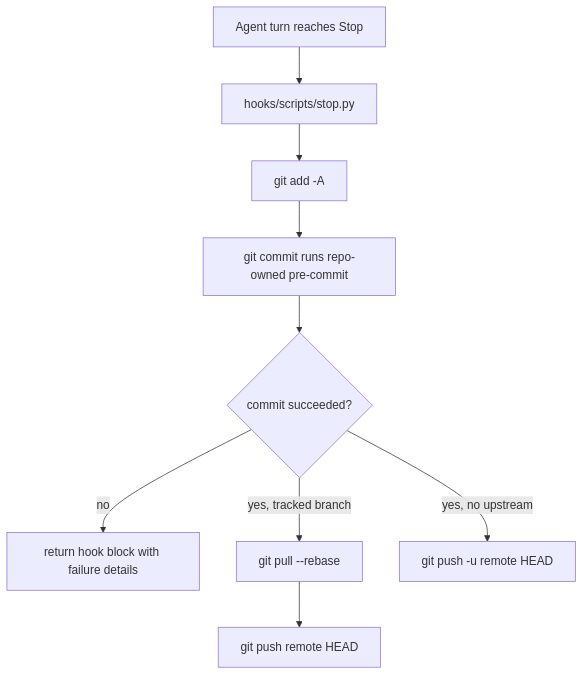
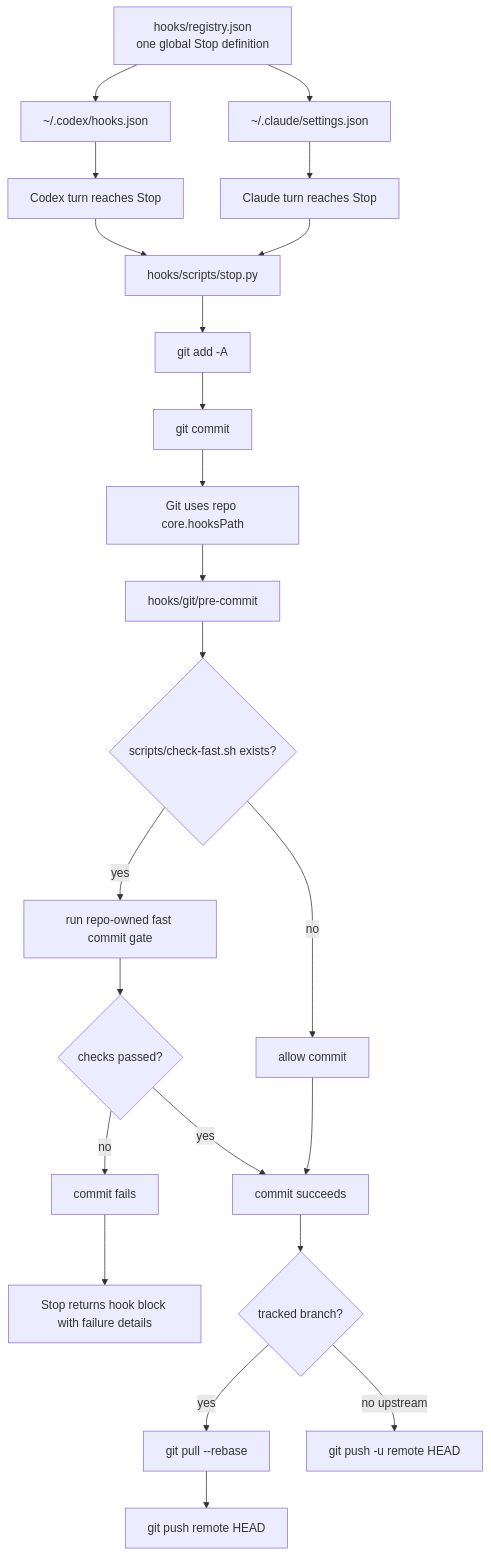
Before and after one commit to wisdom-in-a-nutshell/.agents: the fourth of 5 diagrams in docs/architecture/codex-control-plane-script-flows.md, drawn with Mermaid. The commit also changed other lines of this file and 5 other files, not shown here.

````diff
--- a/docs/architecture/codex-control-plane-script-flows.md
+++ b/docs/architecture/codex-control-plane-script-flows.md
@@ -130,11 +132,25 @@
 ```mermaid
 flowchart TD
-    A[Agent turn reaches Stop] --> B[hooks/scripts/stop.py]
-    B --> C[git add -A]
-    C --> D[git commit runs repo-owned pre-commit]
-    D --> E{commit succeeded?}
-    E -->|no| F[return hook block with failure details]
-    E -->|yes, tracked branch| G[git pull --rebase]
-    G --> H[git push remote HEAD]
-    E -->|yes, no upstream| I[git push -u remote HEAD]
+    A[hooks/registry.json<br/>one global Stop definition] --> B[~/.codex/hooks.json]
+    A --> C[~/.claude/settings.json]
+    B --> D[Codex turn reaches Stop]
+    C --> E[Claude turn reaches Stop]
+    D --> F[hooks/scripts/stop.py]
+    E --> F
+    F --> G[git add -A]
+    G --> H[git commit]
+    H --> I[Git uses repo core.hooksPath]
+    I --> J[hooks/git/pre-commit]
+    J --> K{scripts/check-fast.sh exists?}
+    K -->|yes| L[run repo-owned fast commit gate]
+    K -->|no| M[allow commit]
+    L --> N{checks passed?}
+    N -->|no| O[commit fails]
+    O --> P[Stop returns hook block with failure details]
+    N -->|yes| Q[commit succeeds]
+    M --> Q
+    Q --> R{tracked branch?}
+    R -->|yes| S[git pull --rebase]
+    S --> T[git push remote HEAD]
+    R -->|no upstream| U[git push -u remote HEAD]
 ```
````
